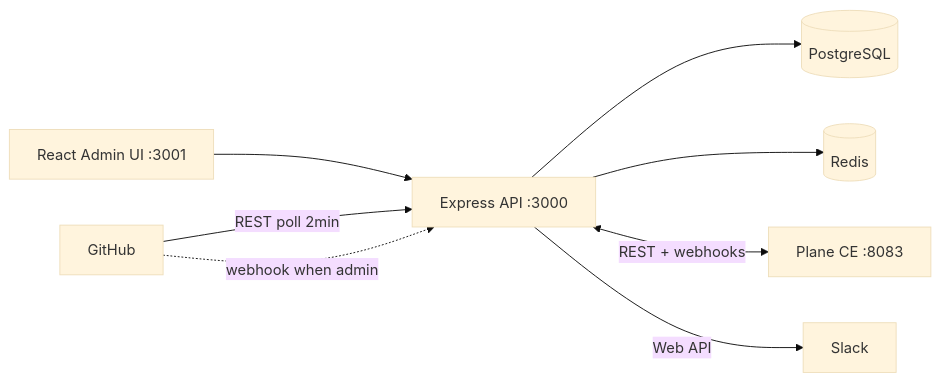
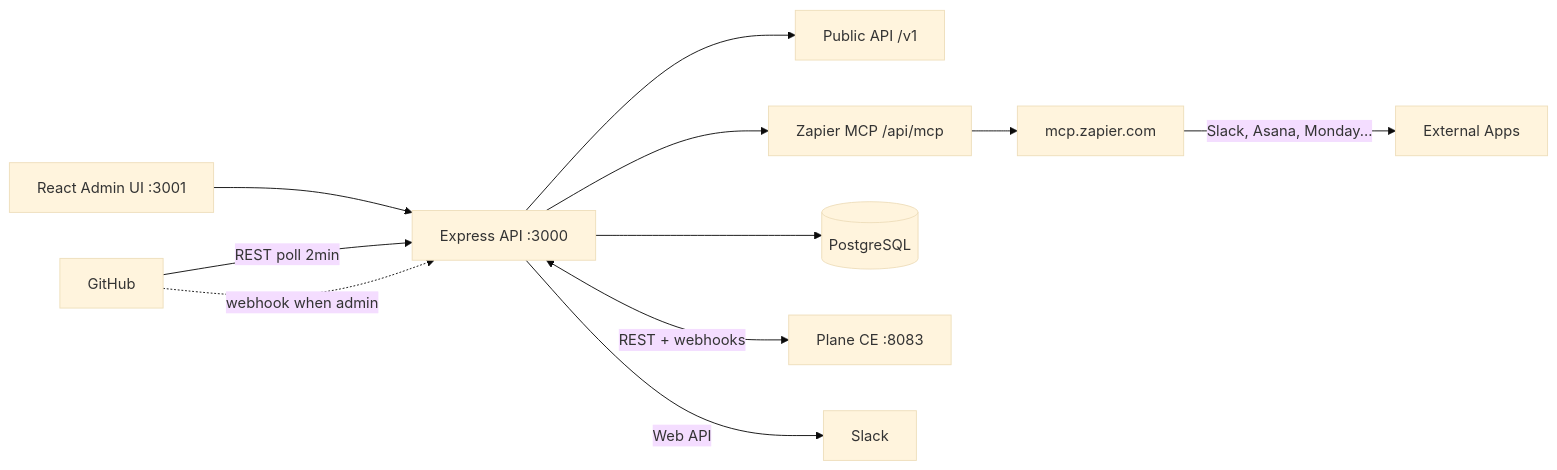
One commit to 1Touch-dev/claude-skill-agent changed the diagram in README.md. Above: the diagram before and after it, drawn with Mermaid (base theme). The commit also changed other lines of this file and 1 other file, not shown here.

````diff
--- a/README.md
+++ b/README.md
@@ -71,15 +82,20 @@
 ```mermaid
 flowchart LR
   UI[React Admin UI :3001]
   API[Express API :3000]
+  V1[Public API /v1]
+  MCP[Zapier MCP /api/mcp]
   DB[(PostgreSQL)]
-  RD[(Redis)]
   PM[Plane CE :8083]
+  ZAP[mcp.zapier.com]
   UI --> API
   API --> DB
-  API --> RD
   API <-->|REST + webhooks| PM
+  API --> V1
+  API --> MCP
+  MCP --> ZAP
   GH[GitHub] -->|REST poll 2min| API
   GH -.->|webhook when admin| API
   API -->|Web API| SL[Slack]
+  ZAP -->|Slack, Asana, Monday...| EXT[External Apps]
 ```
````
